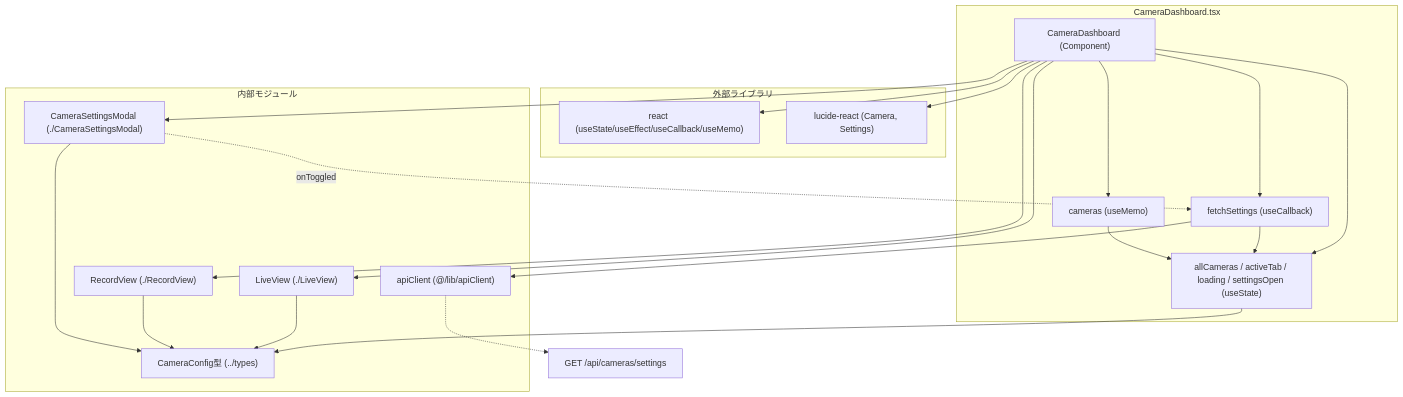
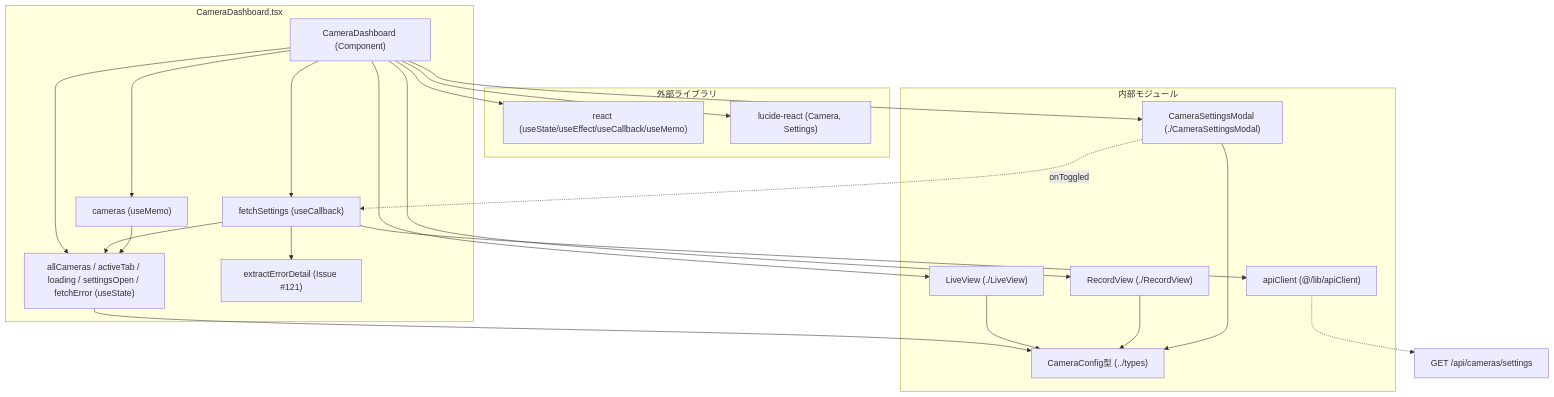
The second of 2 diagrams in docs/specifications/family-quest/src/features/camera/components/CameraDashboard.md (mmtigers/my_python_project), drawn with Mermaid before and after one commit. The commit also changed other lines of this file and 1 other file, not shown here.

````diff
--- a/docs/specifications/family-quest/src/features/camera/components/CameraDashboard.md
+++ b/docs/specifications/family-quest/src/features/camera/components/CameraDashboard.md
@@ -151,42 +172,44 @@
 ```mermaid
 graph TD
     subgraph "CameraDashboard.tsx"
         Component_CameraDashboard["CameraDashboard (Component)"]
-        States["allCameras / activeTab / loading / settingsOpen (useState)"]
+        States["allCameras / activeTab / loading / settingsOpen / fetchError (useState)"]
         FetchSettingsFn["fetchSettings (useCallback)"]
         CamerasMemo["cameras (useMemo)"]
+        ExtractErrorFn["extractErrorDetail (Issue #121)"]
     end
 
     subgraph "外部ライブラリ"
         React["react (useState/useEffect/useCallback/useMemo)"]
         LucideReact["lucide-react (Camera, Settings)"]
     end
 
     subgraph "内部モジュール"
         LiveView["LiveView (./LiveView)"]
         RecordView["RecordView (./RecordView)"]
         CameraSettingsModal["CameraSettingsModal (./CameraSettingsModal)"]
         CameraConfig["CameraConfig型 (../types)"]
         ApiClient["apiClient (@/lib/apiClient)"]
     end
 
     Component_CameraDashboard --> React
     Component_CameraDashboard --> LucideReact
     Component_CameraDashboard --> States
     Component_CameraDashboard --> FetchSettingsFn
     Component_CameraDashboard --> CamerasMemo
     Component_CameraDashboard --> LiveView
     Component_CameraDashboard --> RecordView
     Component_CameraDashboard --> CameraSettingsModal
     FetchSettingsFn --> ApiClient
     FetchSettingsFn --> States
+    FetchSettingsFn --> ExtractErrorFn
     CamerasMemo --> States
     States --> CameraConfig
     LiveView --> CameraConfig
     RecordView --> CameraConfig
     CameraSettingsModal --> CameraConfig
     CameraSettingsModal -. "onToggled" .-> FetchSettingsFn
 
     ApiClient -.-> Endpoint_Settings["GET /api/cameras/settings"]
 
 ```
````
